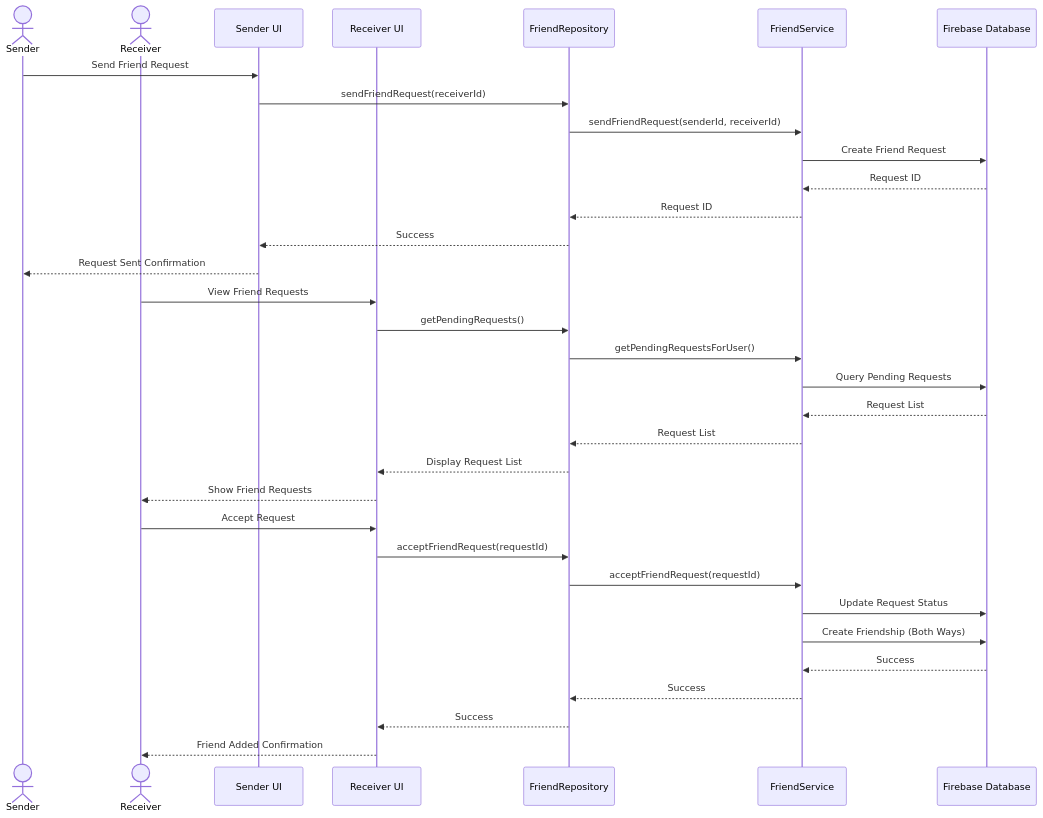
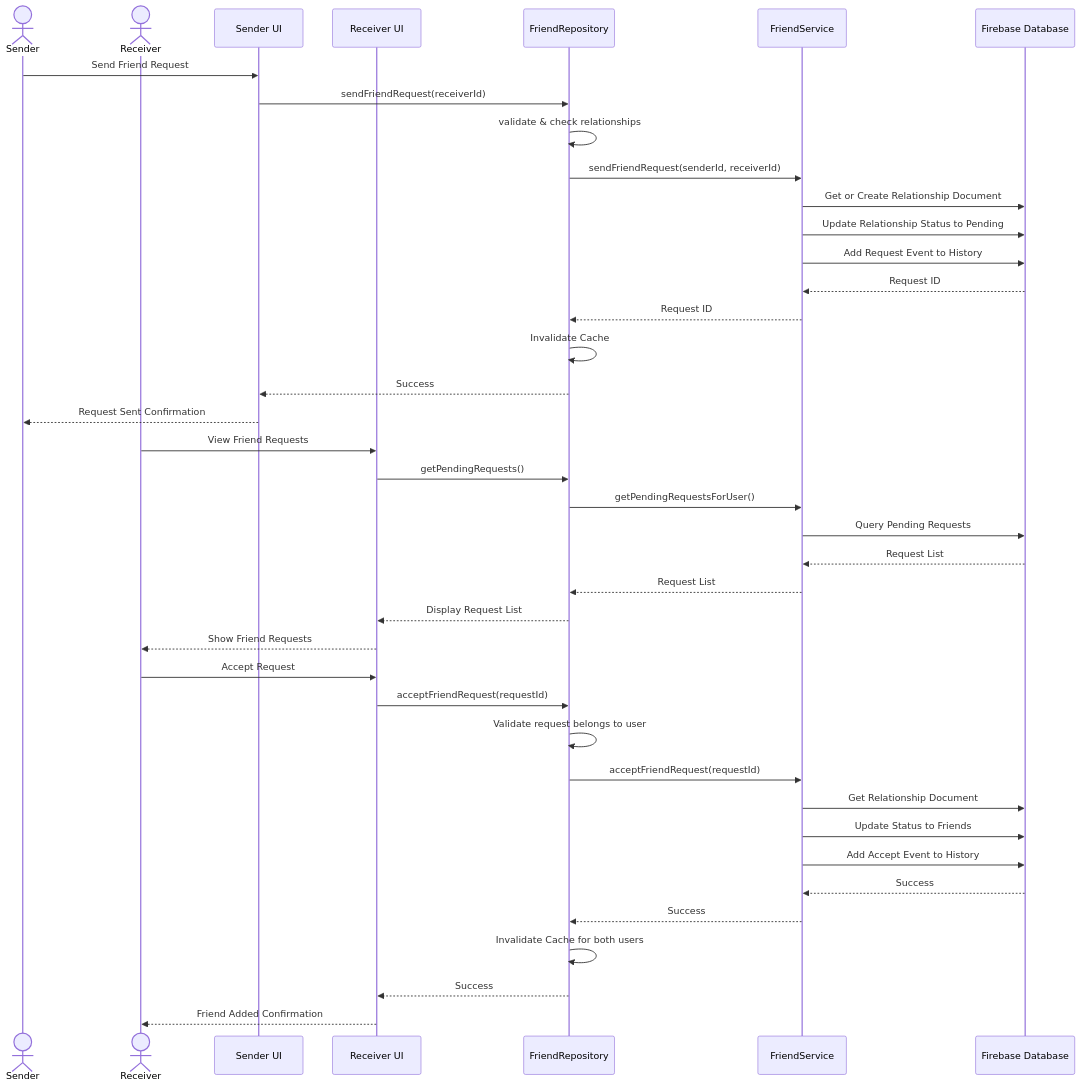
One commit to DuckBuck-Studios/DuckBuck-AI-Walkie-Talkie changed the second of 4 diagrams in docs/friend_diagrams.md. Above: the diagram before and after it, drawn with Mermaid. The commit also changed other lines of this file and 18 other files, not shown here.

````diff
--- a/docs/friend_diagrams.md
+++ b/docs/friend_diagrams.md
@@ -76,41 +112,48 @@
 ```mermaid
 sequenceDiagram
     actor Sender
     actor Receiver
     participant SenderUI as Sender UI
     participant ReceiverUI as Receiver UI
     participant FriendRepo as FriendRepository
     participant FriendSvc as FriendService
     participant DB as Firebase Database
 
     %% Friend Request Flow
     Sender->>SenderUI: Send Friend Request
     SenderUI->>FriendRepo: sendFriendRequest(receiverId)
+    FriendRepo->>FriendRepo: validate & check relationships
     FriendRepo->>FriendSvc: sendFriendRequest(senderId, receiverId)
-    FriendSvc->>DB: Create Friend Request
+    FriendSvc->>DB: Get or Create Relationship Document
+    FriendSvc->>DB: Update Relationship Status to Pending
+    FriendSvc->>DB: Add Request Event to History
     DB-->>FriendSvc: Request ID
     FriendSvc-->>FriendRepo: Request ID
+    FriendRepo->>FriendRepo: Invalidate Cache
     FriendRepo-->>SenderUI: Success
     SenderUI-->>Sender: Request Sent Confirmation
     
     %% Receiver gets notification and checks requests
     Receiver->>ReceiverUI: View Friend Requests
     ReceiverUI->>FriendRepo: getPendingRequests()
     FriendRepo->>FriendSvc: getPendingRequestsForUser()
     FriendSvc->>DB: Query Pending Requests
     DB-->>FriendSvc: Request List
     FriendSvc-->>FriendRepo: Request List
     FriendRepo-->>ReceiverUI: Display Request List
     ReceiverUI-->>Receiver: Show Friend Requests
     
     %% Accept Friend Request
     Receiver->>ReceiverUI: Accept Request
     ReceiverUI->>FriendRepo: acceptFriendRequest(requestId)
+    FriendRepo->>FriendRepo: Validate request belongs to user
     FriendRepo->>FriendSvc: acceptFriendRequest(requestId)
-    FriendSvc->>DB: Update Request Status
-    FriendSvc->>DB: Create Friendship (Both Ways)
+    FriendSvc->>DB: Get Relationship Document
+    FriendSvc->>DB: Update Status to Friends
+    FriendSvc->>DB: Add Accept Event to History
     DB-->>FriendSvc: Success
     FriendSvc-->>FriendRepo: Success
+    FriendRepo->>FriendRepo: Invalidate Cache for both users
     FriendRepo-->>ReceiverUI: Success
     ReceiverUI-->>Receiver: Friend Added Confirmation
 ```
````
